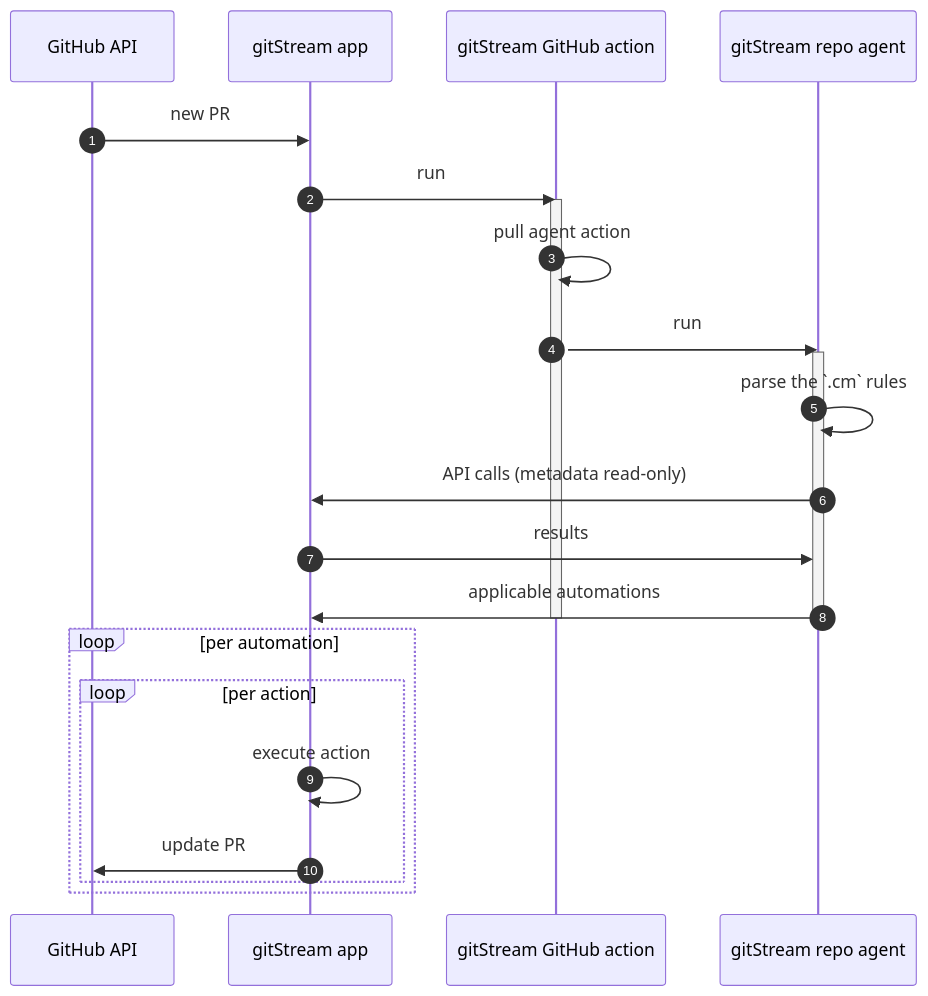
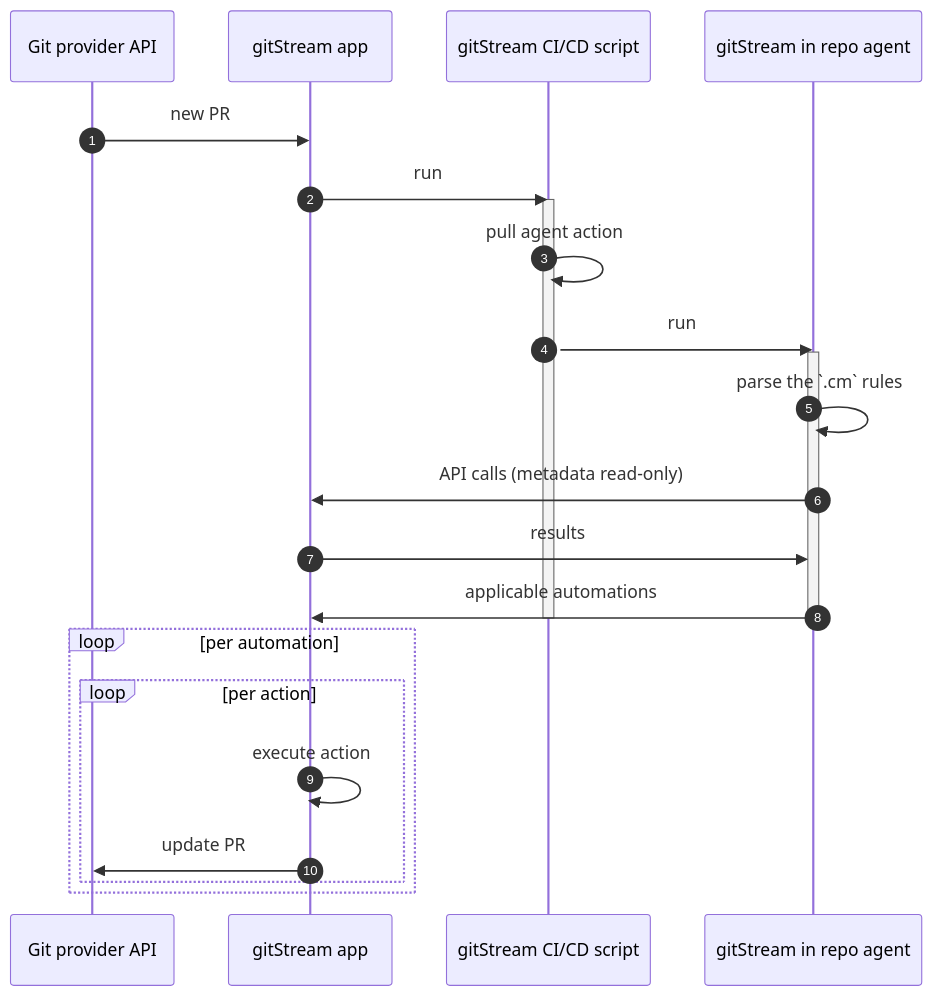
Before and after one commit to linear-b/gitstream: the second of 3 diagrams in docs/how-it-works.md, drawn with Mermaid. The commit also changed other lines of this file and 7 other files, not shown here.

````diff
--- a/docs/how-it-works.md
+++ b/docs/how-it-works.md
@@ -49,22 +50,22 @@
 ``` mermaid
 sequenceDiagram
   autonumber
-  GitHub API->>gitStream app: new PR
-  gitStream app->>gitStream GitHub action: run 
-  activate gitStream GitHub action
-  gitStream GitHub action->>gitStream GitHub action: pull agent action
-  gitStream GitHub action->>gitStream repo agent: run
-  activate gitStream repo agent
-  gitStream repo agent->>gitStream repo agent: parse the `.cm` rules
-  gitStream repo agent->>gitStream app: API calls (metadata read-only)
-  gitStream app->>gitStream repo agent: results
-  gitStream repo agent->>gitStream app: applicable automations
-  deactivate gitStream repo agent
-  deactivate gitStream GitHub action
+  Git provider API->>gitStream app: new PR
+  gitStream app->>gitStream CI/CD script: run 
+  activate gitStream CI/CD script
+  gitStream CI/CD script->>gitStream CI/CD script: pull agent action
+  gitStream CI/CD script->>gitStream in repo agent: run
+  activate gitStream in repo agent
+  gitStream in repo agent->>gitStream in repo agent: parse the `.cm` rules
+  gitStream in repo agent->>gitStream app: API calls (metadata read-only)
+  gitStream app->>gitStream in repo agent: results
+  gitStream in repo agent->>gitStream app: applicable automations
+  deactivate gitStream in repo agent
+  deactivate gitStream CI/CD script
   loop per automation
     loop per action
       gitStream app->>gitStream app: execute action
-      gitStream app->>GitHub API: update PR
+      gitStream app->>Git provider API: update PR
     end
    end
 ```
````
